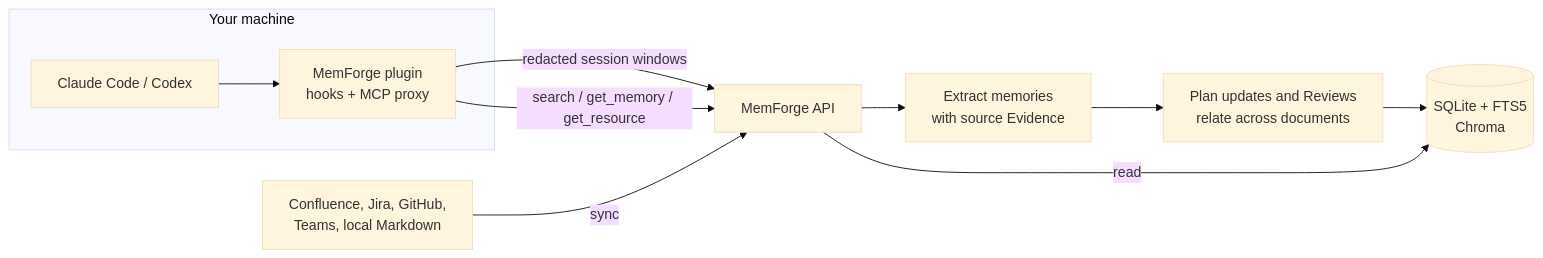
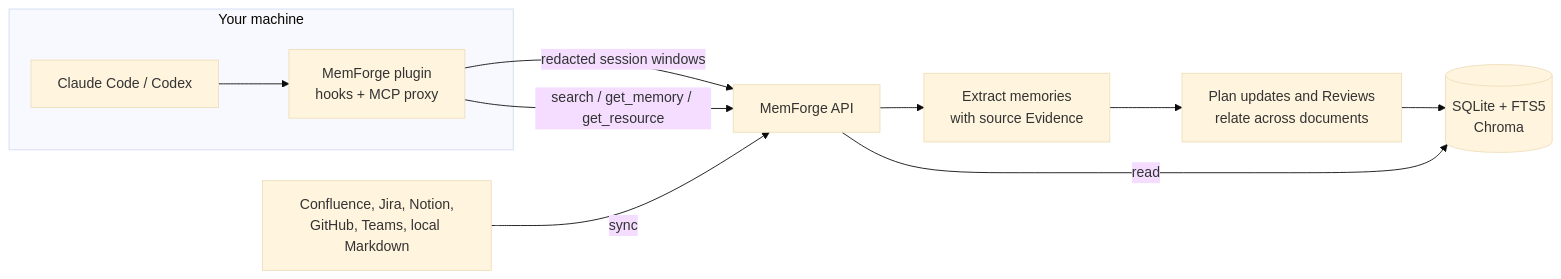
The diagram in README.md (dodo-labs-ai/mem-forge), drawn with Mermaid (base theme) before and after one commit. The commit also changed other lines of this file and 5 other files, not shown here.

Commit message:
Document the Notion source: what it collects, how to create and share its internal connection, and its place in the README and architecture overview

````diff
--- a/README.md
+++ b/README.md
@@ -104,19 +104,19 @@
 ```mermaid
 flowchart LR
   subgraph You["Your machine"]
     CC["Claude Code / Codex"]
     Plugin["MemForge plugin<br/>hooks + MCP proxy"]
   end
-  Docs["Confluence, Jira, GitHub,<br/>Teams, local Markdown"]
+  Docs["Confluence, Jira, Notion,<br/>GitHub, Teams, local Markdown"]
   API["MemForge API"]
   Extract["Extract memories<br/>with source Evidence"]
   Recheck["Plan updates and Reviews<br/>relate across documents"]
   Store[("SQLite + FTS5<br/>Chroma")]
 
   CC --> Plugin
   Plugin -- "redacted session windows" --> API
   Docs -- "sync" --> API
   API --> Extract --> Recheck --> Store
   Plugin -- "search / get_memory / get_resource" --> API
   API -- "read" --> Store
 ```
````
